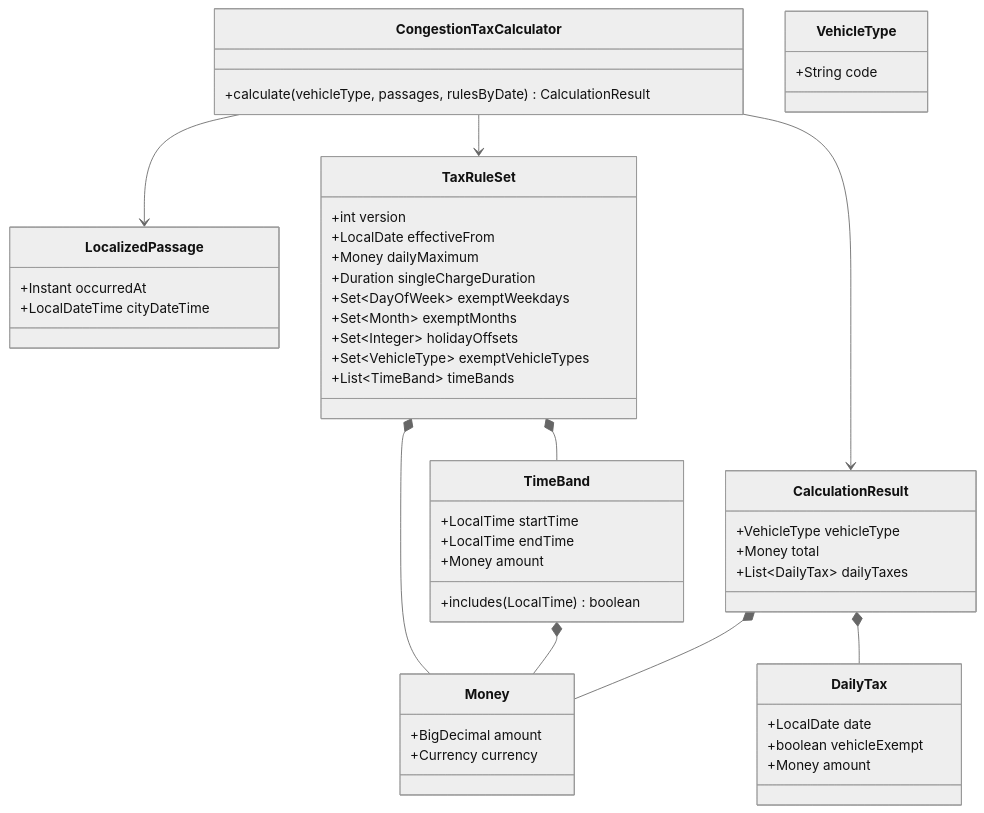
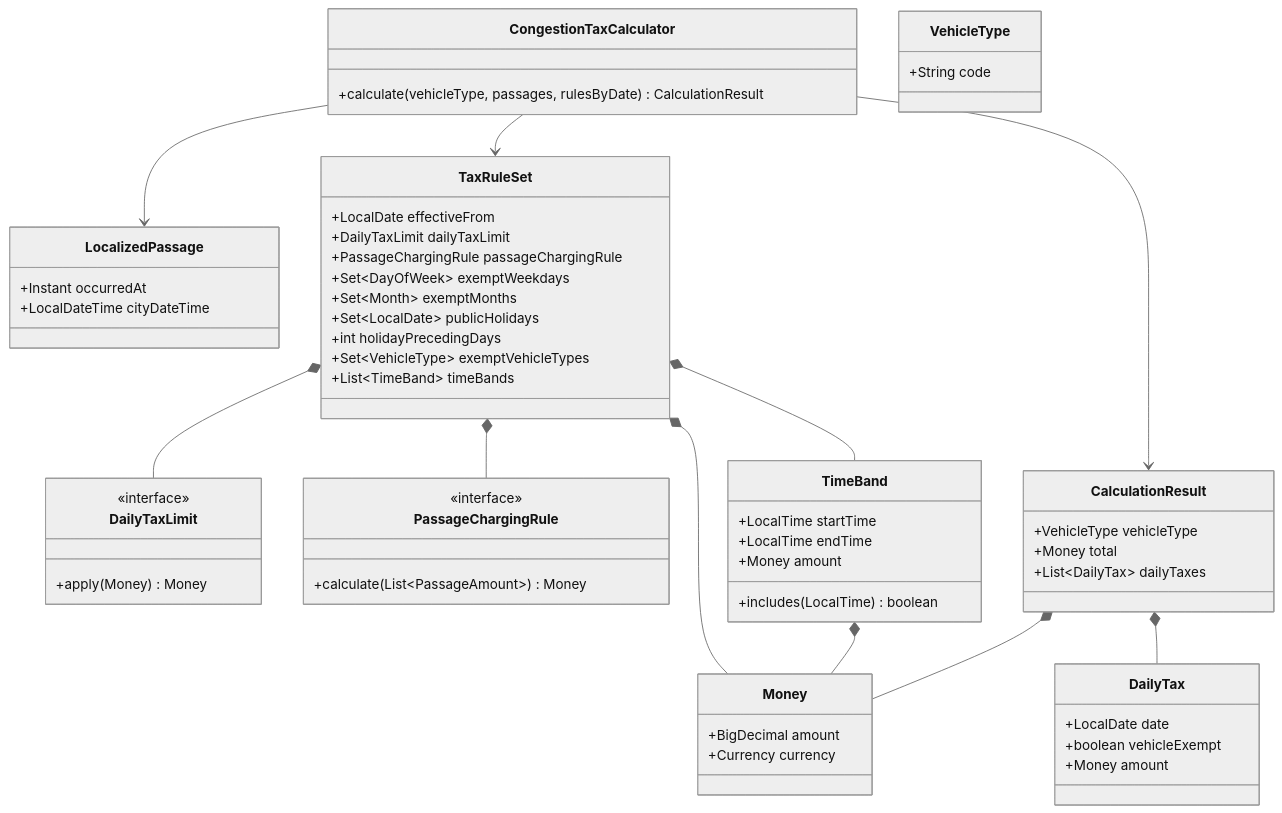
One commit to igrgin/congestion-tax-calculator changed the diagram in docs/design/calculation.md. Above: the diagram before and after it, drawn with Mermaid (neutral theme). The commit also changed other lines of this file and 10 other files, not shown here.

Commit message:
#11 Record the Tax Rule storage design (#12)

````diff
--- a/docs/design/calculation.md
+++ b/docs/design/calculation.md
@@ -41,53 +41,63 @@
 ```mermaid
 classDiagram
     class CongestionTaxCalculator {
         +calculate(vehicleType, passages, rulesByDate) CalculationResult
     }
     class LocalizedPassage {
         +Instant occurredAt
         +LocalDateTime cityDateTime
     }
     class VehicleType {
         +String code
     }
     class TaxRuleSet {
-        +int version
         +LocalDate effectiveFrom
-        +Money dailyMaximum
-        +Duration singleChargeDuration
+        +DailyTaxLimit dailyTaxLimit
+        +PassageChargingRule passageChargingRule
         +Set~DayOfWeek~ exemptWeekdays
         +Set~Month~ exemptMonths
-        +Set~Integer~ holidayOffsets
+        +Set~LocalDate~ publicHolidays
+        +int holidayPrecedingDays
         +Set~VehicleType~ exemptVehicleTypes
         +List~TimeBand~ timeBands
+    }
+    class DailyTaxLimit {
+        <<interface>>
+        +apply(Money) Money
+    }
+    class PassageChargingRule {
+        <<interface>>
+        +calculate(List~PassageAmount~) Money
     }
     class TimeBand {
         +LocalTime startTime
         +LocalTime endTime
         +Money amount
         +includes(LocalTime) boolean
     }
     class Money {
         +BigDecimal amount
         +Currency currency
     }
     class DailyTax {
         +LocalDate date
         +boolean vehicleExempt
         +Money amount
     }
     class CalculationResult {
         +VehicleType vehicleType
         +Money total
         +List~DailyTax~ dailyTaxes
     }
 
     CongestionTaxCalculator --> LocalizedPassage
     CongestionTaxCalculator --> TaxRuleSet
     CongestionTaxCalculator --> CalculationResult
     TaxRuleSet *-- TimeBand
     TaxRuleSet *-- Money
+    TaxRuleSet *-- DailyTaxLimit
+    TaxRuleSet *-- PassageChargingRule
     TimeBand *-- Money
     CalculationResult *-- DailyTax
     CalculationResult *-- Money
 ```
````
